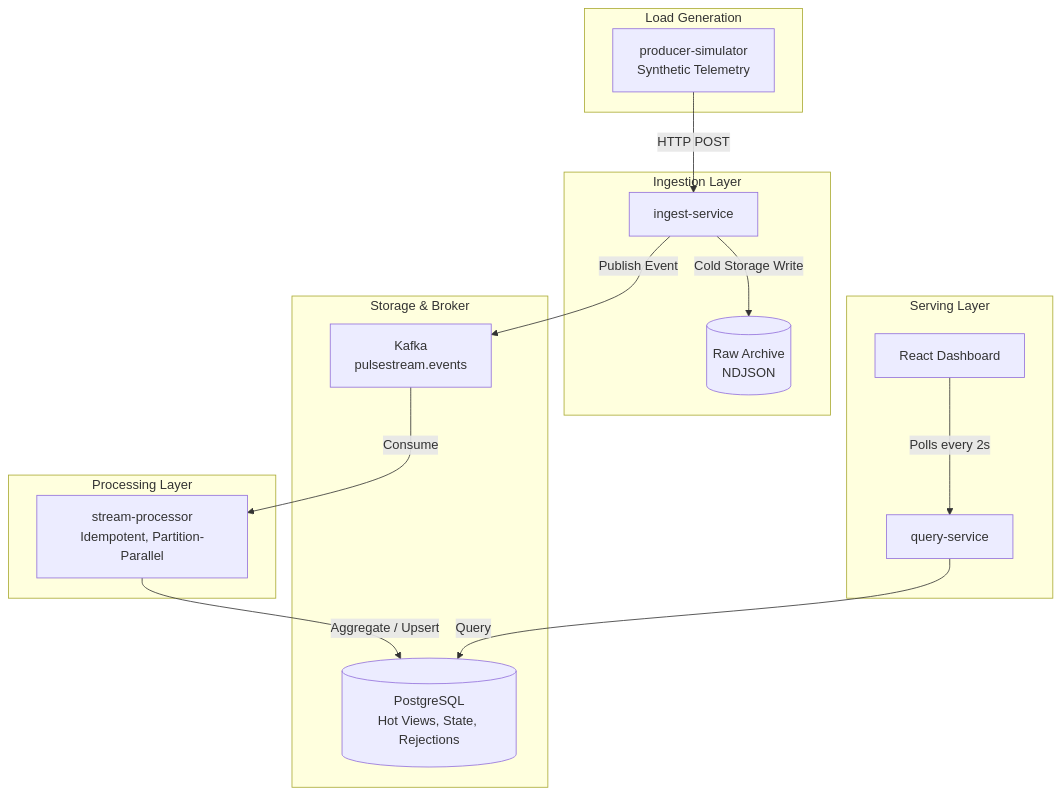
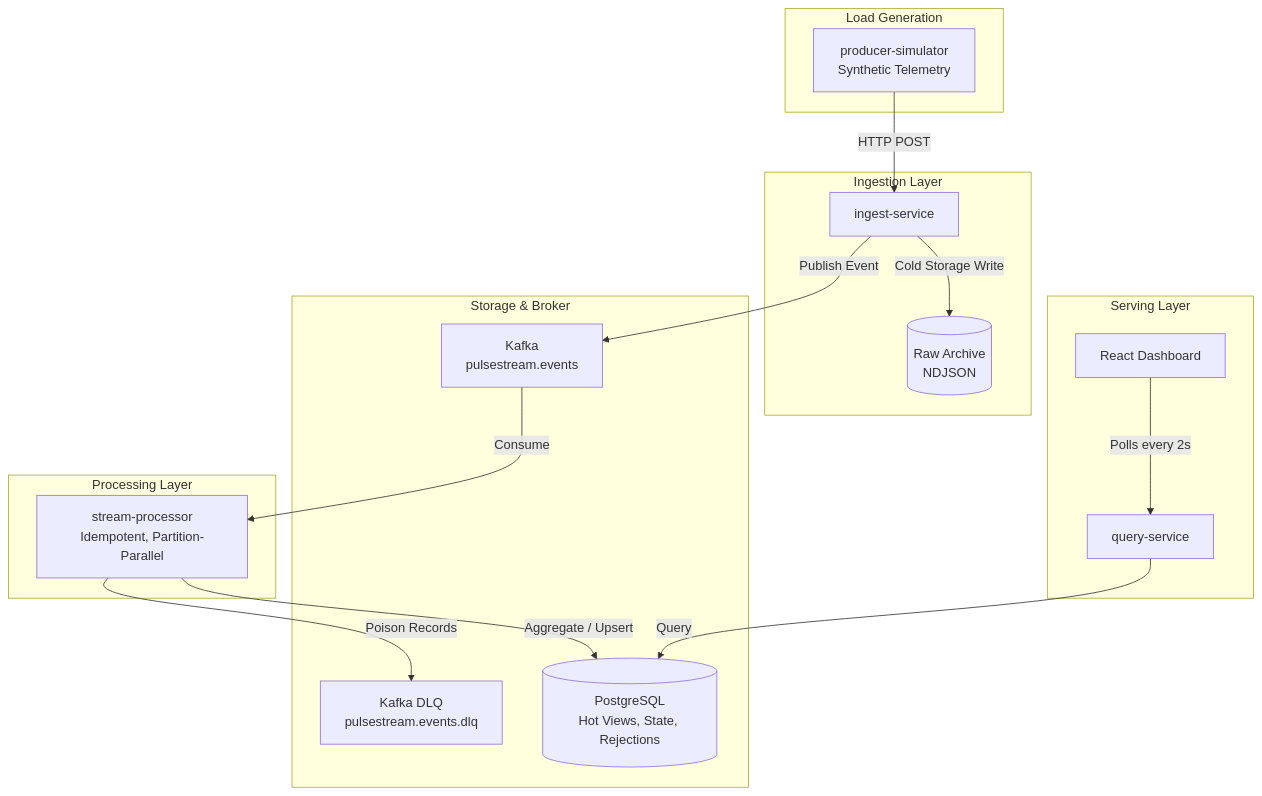
The diagram in README.md (ErenAri/real-time-event-processing-fabric), drawn with Mermaid before and after one commit. The commit also changed other lines of this file and 38 other files, not shown here.

````diff
--- a/README.md
+++ b/README.md
@@ -64,35 +77,37 @@
 ```mermaid
 graph TD
     subgraph Load Generation
         PS[producer-simulator<br>Synthetic Telemetry]
     end
 
     subgraph Ingestion Layer
         IS[ingest-service]
         RA[(Raw Archive<br>NDJSON)]
     end
 
     subgraph Storage & Broker
         K[Kafka<br>pulsestream.events]
+        DLQ[Kafka DLQ<br>pulsestream.events.dlq]
         DB[(PostgreSQL<br>Hot Views, State, Rejections)]
     end
 
     subgraph Processing Layer
         SP[stream-processor<br>Idempotent, Partition-Parallel]
     end
 
     subgraph Serving Layer
         QS[query-service]
         UI[React Dashboard]
     end
 
     PS -->|HTTP POST| IS
     IS -->|Cold Storage Write| RA
     IS -->|Publish Event| K
     
     K -->|Consume| SP
+    SP -->|Poison Records| DLQ
     SP -->|Aggregate / Upsert| DB
     
     UI -->|Polls every 2s| QS
     QS -->|Query| DB
 ```
````
